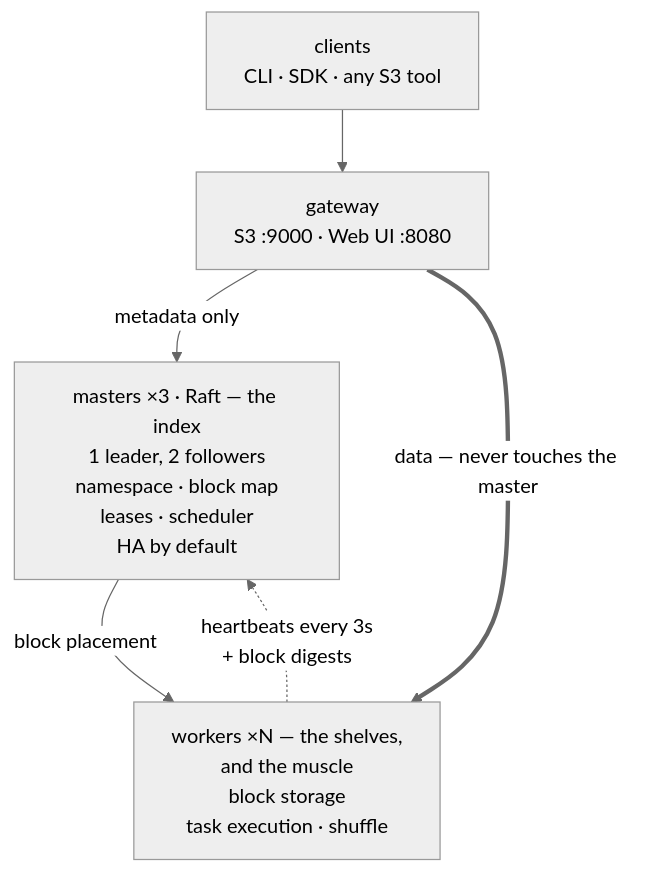
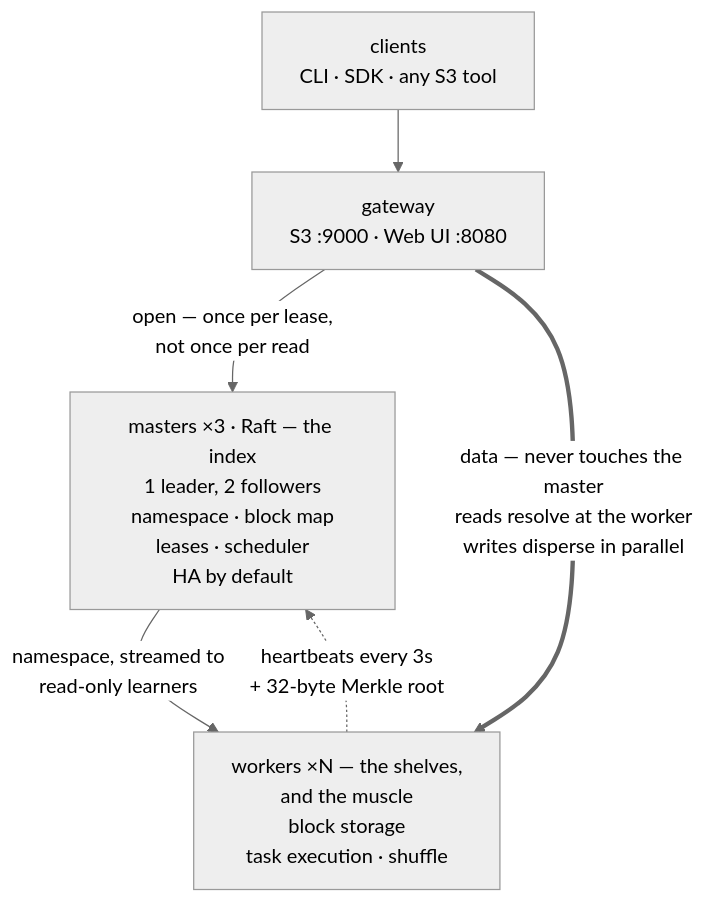
The diagram in README.md (ProjectOrcha/Mammoth), drawn with Mermaid (neutral theme) before and after one commit. The commit also changed other lines of this file and 61 other files, not shown here.

````diff
--- a/README.md
+++ b/README.md
@@ -170,13 +174,13 @@
 ```mermaid
 flowchart TB
     clients["clients<br/>CLI · SDK · any S3 tool"]
     gw["gateway<br/>S3 :9000 · Web UI :8080"]
     masters["masters ×3 · Raft — the index<br/>1 leader, 2 followers<br/>namespace · block map<br/>leases · scheduler<br/>HA by default"]
     workers["workers ×N — the shelves,<br/>and the muscle<br/>block storage<br/>task execution · shuffle"]
 
     clients --> gw
-    gw -->|"metadata only"| masters
-    masters -->|"block placement"| workers
-    gw ==>|"data — never touches the master"| workers
-    workers -.->|"heartbeats every 3s<br/>+ block digests"| masters
+    gw -->|"open — once per lease,<br/>not once per read"| masters
+    masters -->|"namespace, streamed to<br/>read-only learners"| workers
+    gw ==>|"data — never touches the master<br/>reads resolve at the worker<br/>writes disperse in parallel"| workers
+    workers -.->|"heartbeats every 3s<br/>+ 32-byte Merkle root"| masters
 ```
````
